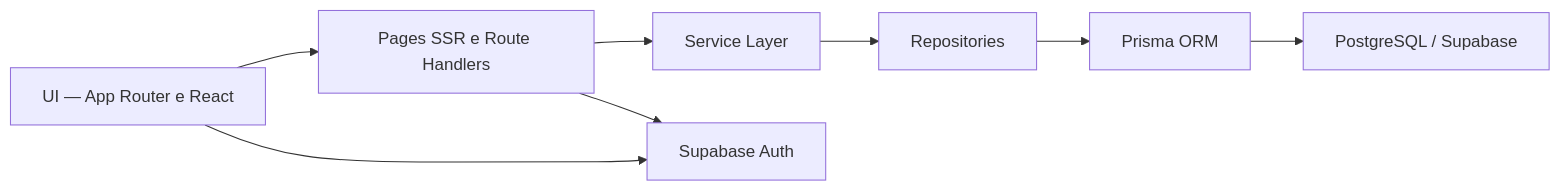
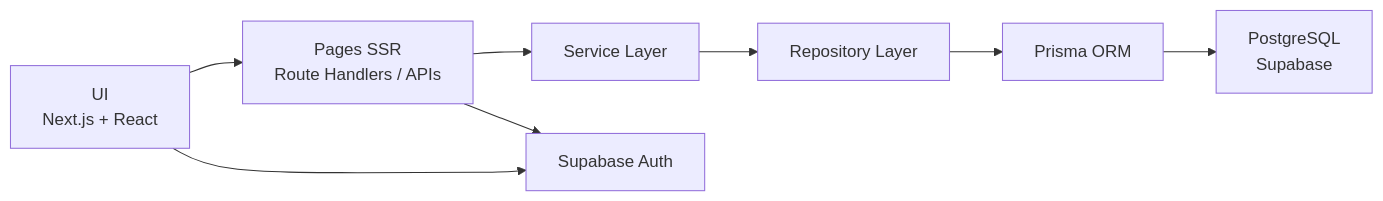
The diagram in README.md (Belchi0r/energy-monitor), drawn with Mermaid before and after one commit. The commit also changed other lines of this file and 4 other files, not shown here.

````diff
--- a/README.md
+++ b/README.md
@@ -56,11 +130,19 @@
 ```mermaid
 flowchart LR
-    UI["UI — App Router e React"] --> Routes["Pages SSR e Route Handlers"]
-    Routes --> Services["Service Layer"]
-    Services --> Repositories["Repositories"]
-    Repositories --> Prisma["Prisma ORM"]
-    Prisma --> Database["PostgreSQL / Supabase"]
+    UI["UI<br/>Next.js + React"]
+    Routes["Pages SSR<br/>Route Handlers / APIs"]
+    Services["Service Layer"]
+    Repositories["Repository Layer"]
+    Prisma["Prisma ORM"]
+    Database["PostgreSQL<br/>Supabase"]
+    Auth["Supabase Auth"]
 
-    UI --> Auth["Supabase Auth"]
+    UI --> Routes
+    Routes --> Services
+    Services --> Repositories
+    Repositories --> Prisma
+    Prisma --> Database
+
+    UI --> Auth
     Routes --> Auth
 ```
````
